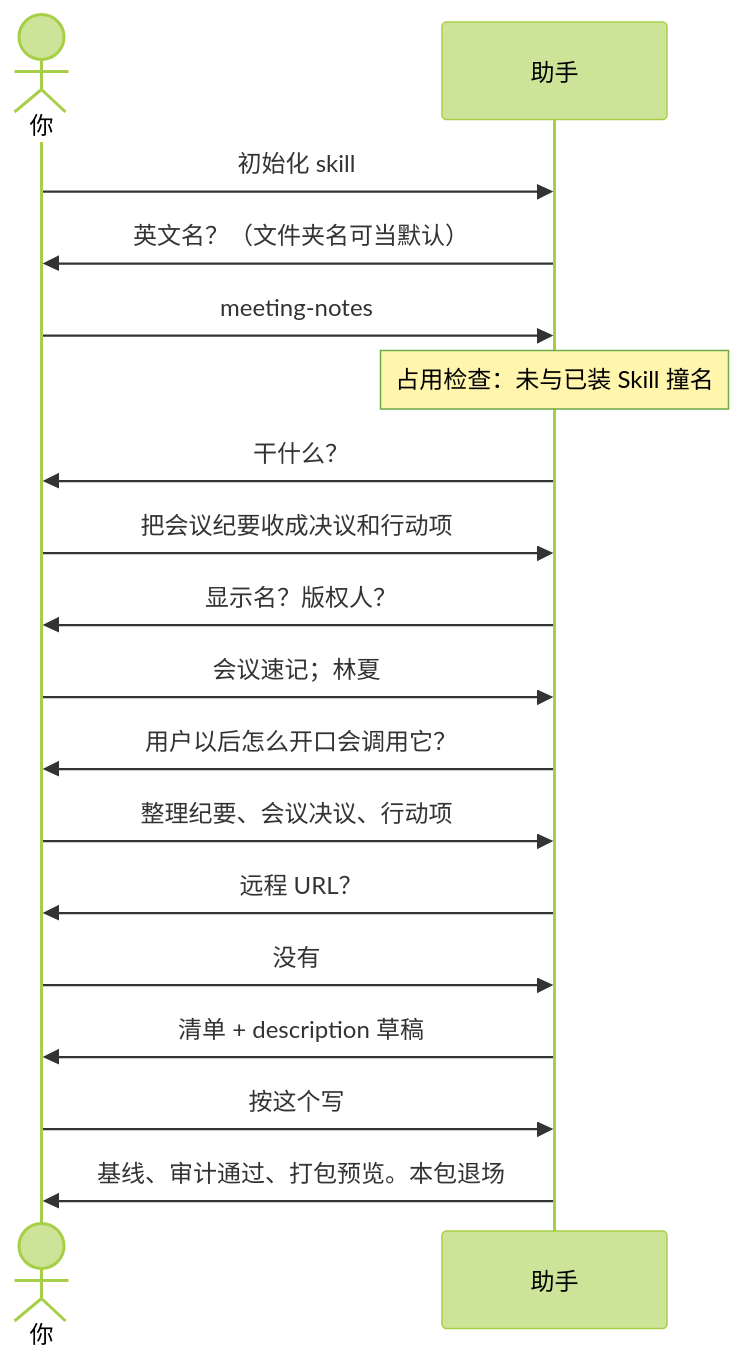
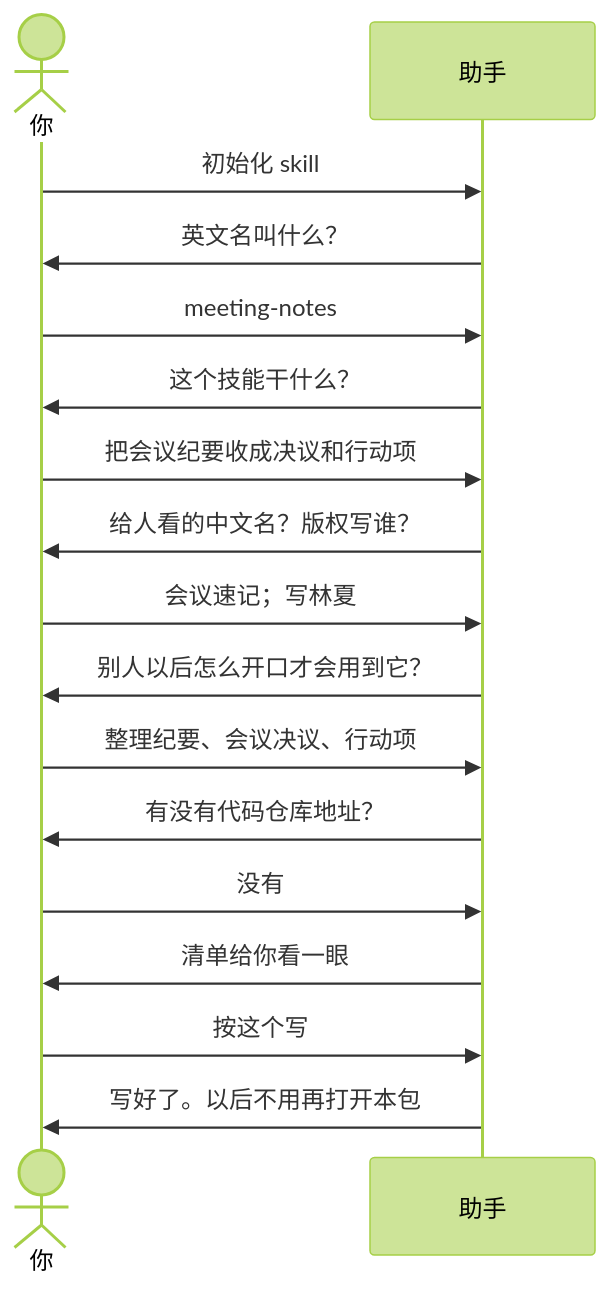
The diagram in examples/01-初始化空文件夹.md (qiusuo0226/skill-devkit-skill), drawn with Mermaid (forest theme) before and after one commit. The commit also changed other lines of this file and 17 other files, not shown here.

````diff
--- a/examples/01-初始化空文件夹.md
+++ b/examples/01-初始化空文件夹.md
@@ -11,21 +11,20 @@
 ```mermaid
 sequenceDiagram
     actor You as 你
     participant AI as 助手
 
     You->>AI: 初始化 skill
-    AI->>You: 英文名？（文件夹名可当默认）
+    AI->>You: 英文名叫什么？
     You->>AI: meeting-notes
-    Note over AI: 占用检查：未与已装 Skill 撞名
-    AI->>You: 干什么？
+    AI->>You: 这个技能干什么？
     You->>AI: 把会议纪要收成决议和行动项
-    AI->>You: 显示名？版权人？
-    You->>AI: 会议速记；林夏
-    AI->>You: 用户以后怎么开口会调用它？
+    AI->>You: 给人看的中文名？版权写谁？
+    You->>AI: 会议速记；写林夏
+    AI->>You: 别人以后怎么开口才会用到它？
     You->>AI: 整理纪要、会议决议、行动项
-    AI->>You: 远程 URL？
+    AI->>You: 有没有代码仓库地址？
     You->>AI: 没有
-    AI->>You: 清单 + description 草稿
+    AI->>You: 清单给你看一眼
     You->>AI: 按这个写
-    AI->>You: 基线、审计通过、打包预览。本包退场
+    AI->>You: 写好了。以后不用再打开本包
 ```
````
